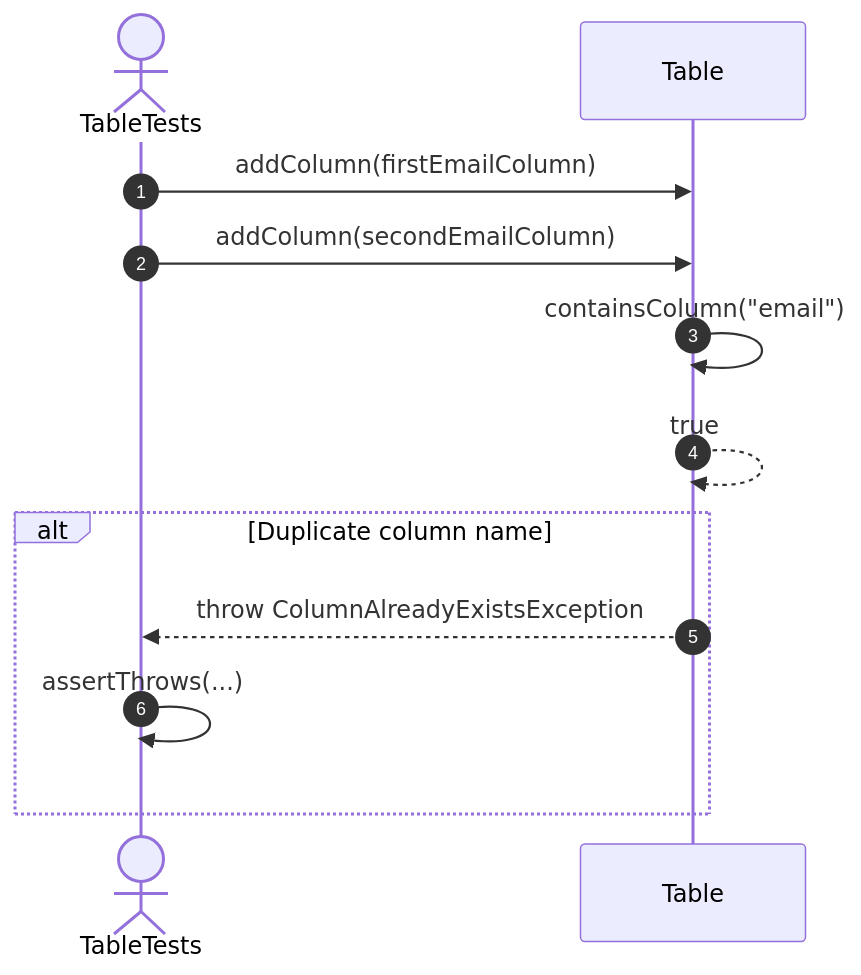
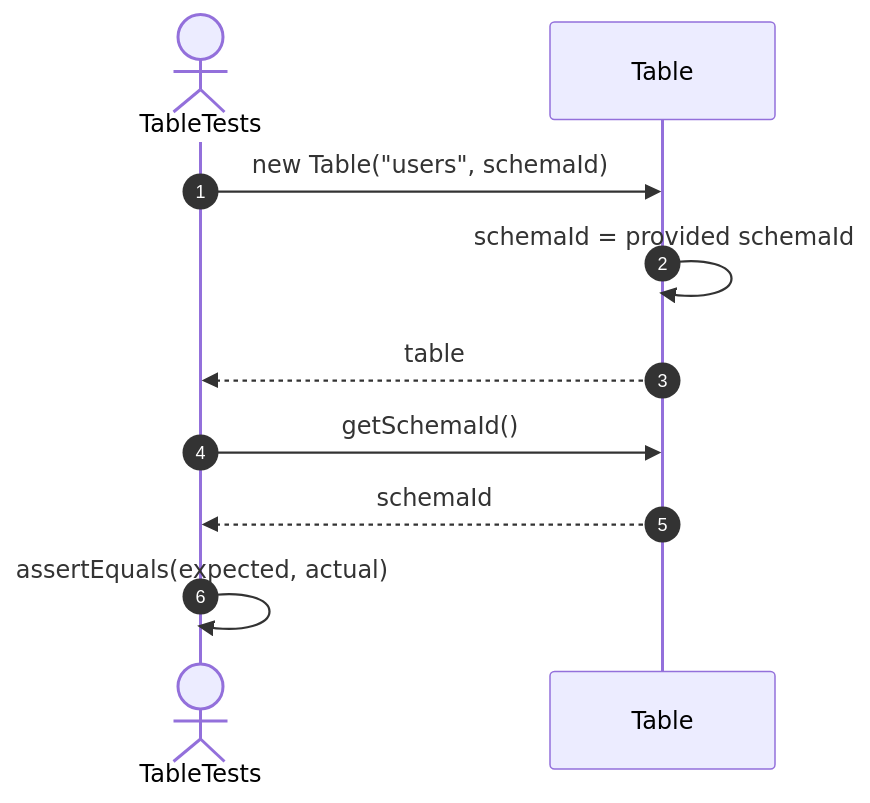
One commit to FhuAnn/-bbv-AN-s-DBMS changed the fourth of 53 diagrams in src/tests/unit/metadata/sequences/tables-testing.se.md. Above: the diagram before and after it, drawn with Mermaid. The commit also changed other lines of this file and 7 other files, not shown here.

Commit message:
table and row run test successfully

````diff
--- a/src/tests/unit/metadata/sequences/tables-testing.se.md
+++ b/src/tests/unit/metadata/sequences/tables-testing.se.md
@@ -69,16 +65,13 @@
 ```mermaid
 sequenceDiagram
     autonumber
     actor Test as TableTests
     participant Table as Table
 
-    Test->>Table: addColumn(firstEmailColumn)
-    Test->>Table: addColumn(secondEmailColumn)
-    Table->>Table: containsColumn("email")
-    Table-->>Table: true
-
-    alt Duplicate column name
-        Table-->>Test: throw ColumnAlreadyExistsException
-        Test->>Test: assertThrows(...)
-    end
+    Test->>Table: new Table("users", schemaId)
+    Table->>Table: schemaId = provided schemaId
+    Table-->>Test: table
+    Test->>Table: getSchemaId()
+    Table-->>Test: schemaId
+    Test->>Test: assertEquals(expected, actual)
 ```
````
